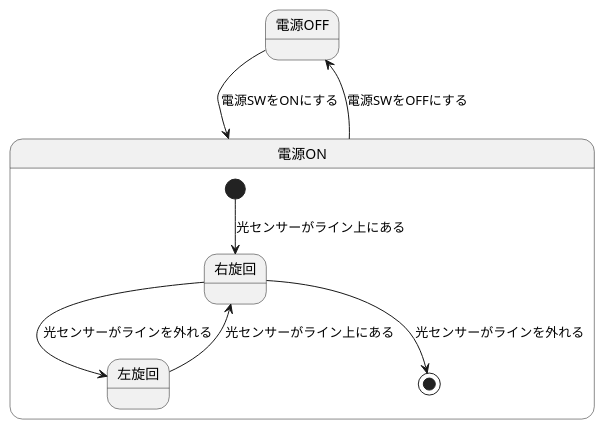
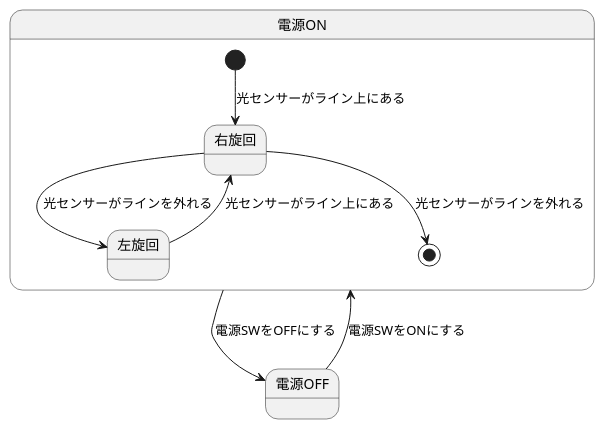
The diagram in 演習6-5-3_ステートマシン図_ライントレーサー.pu (Tanifuji94/uml-introduction), drawn with PlantUML before and after one commit.

Commit message:
演習6‐5‐3

```diff
--- a/演習6-5-3_ステートマシン図_ライントレーサー.pu
+++ b/演習6-5-3_ステートマシン図_ライントレーサー.pu
@@ -1,12 +1,11 @@
 @startuml 演習6‐5‐3
-電源OFF --> 電源ON : 電源SWをONにする
-
 state 電源ON {
   [*] --> 右旋回 : 光センサーがライン上にある
   右旋回 --> 左旋回 : 光センサーがラインを外れる
   左旋回 --> 右旋回 : 光センサーがライン上にある
   右旋回 --> [*] : 光センサーがラインを外れる
 }
+電源OFF --> 電源ON : 電源SWをONにする
 電源ON --> 電源OFF : 電源SWをOFFにする
 
 @enduml
```
